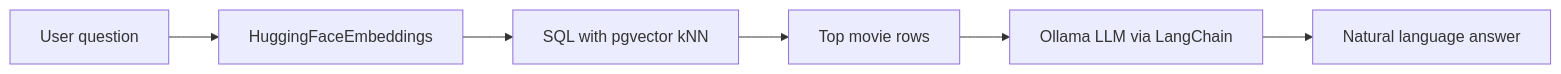
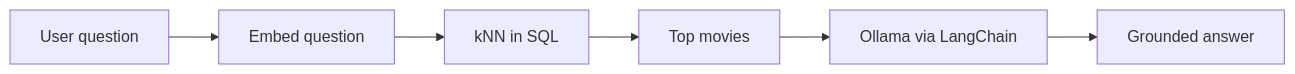
Before and after one commit to antoinebou12/CV: the diagram in hugo/content/posts/vector-databases-similar-movies/index.md, drawn with Mermaid. The commit also changed other lines of this file and 59 other files, not shown here.

````diff
--- a/hugo/content/posts/vector-databases-similar-movies/index.md
+++ b/hugo/content/posts/vector-databases-similar-movies/index.md
@@ -193,8 +89,8 @@
 ```mermaid
 flowchart LR
-  Q[User question] --> E[HuggingFaceEmbeddings]
-  E --> SQL[SQL with pgvector kNN]
-  SQL --> Rows[Top movie rows]
-  Rows --> LLM[Ollama LLM via LangChain]
-  LLM --> A[Natural language answer]
+  Q[User question] --> E[Embed question]
+  E --> SQL[kNN in SQL]
+  SQL --> Rows[Top movies]
+  Rows --> LLM[Ollama via LangChain]
+  LLM --> A[Grounded answer]
 ```
````
